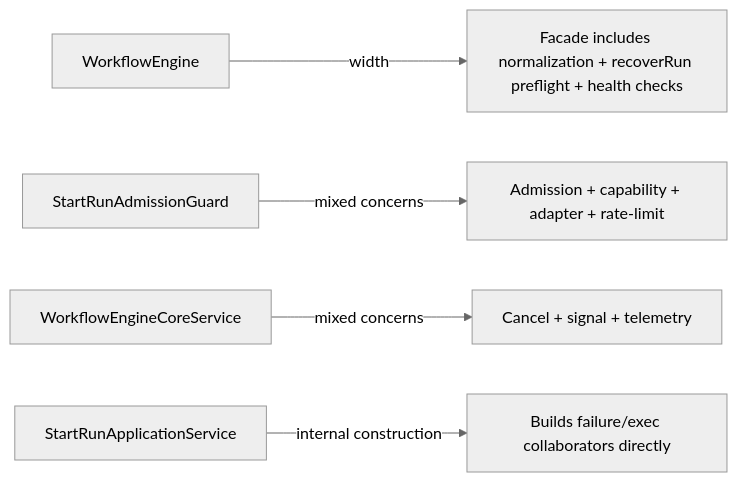
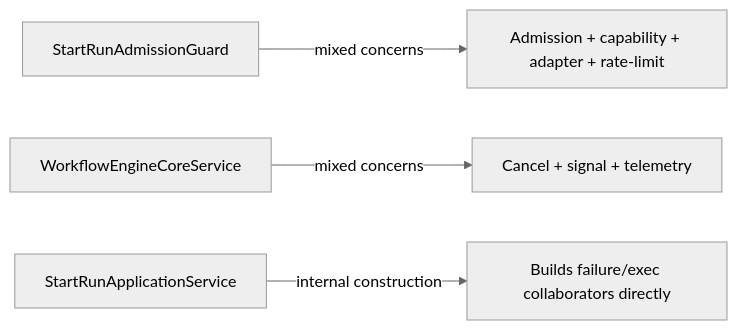
Before and after one commit to dunay2/dvt: the fifth of 5 diagrams in docs/architecture/components/engine/architecture/workflow-engine-subsystem-context.md, drawn with Mermaid (neutral theme). The commit also changed other lines of this file and 17 other files, not shown here.

Commit message:
refactor(engine): Delegate recover-run and health from workflow engine

````diff
--- a/docs/architecture/components/engine/architecture/workflow-engine-subsystem-context.md
+++ b/docs/architecture/components/engine/architecture/workflow-engine-subsystem-context.md
@@ -234,7 +239,6 @@
 ```mermaid
 flowchart LR
-  WF["WorkflowEngine"] -->|width| W1["Facade includes normalization + recoverRun preflight + health checks"]
   Guard["StartRunAdmissionGuard"] -->|mixed concerns| W2["Admission + capability + adapter + rate-limit"]
   Core["WorkflowEngineCoreService"] -->|mixed concerns| W3["Cancel + signal + telemetry"]
   StartRun["StartRunApplicationService"] -->|internal construction| W4["Builds failure/exec collaborators directly"]
 ```
````
